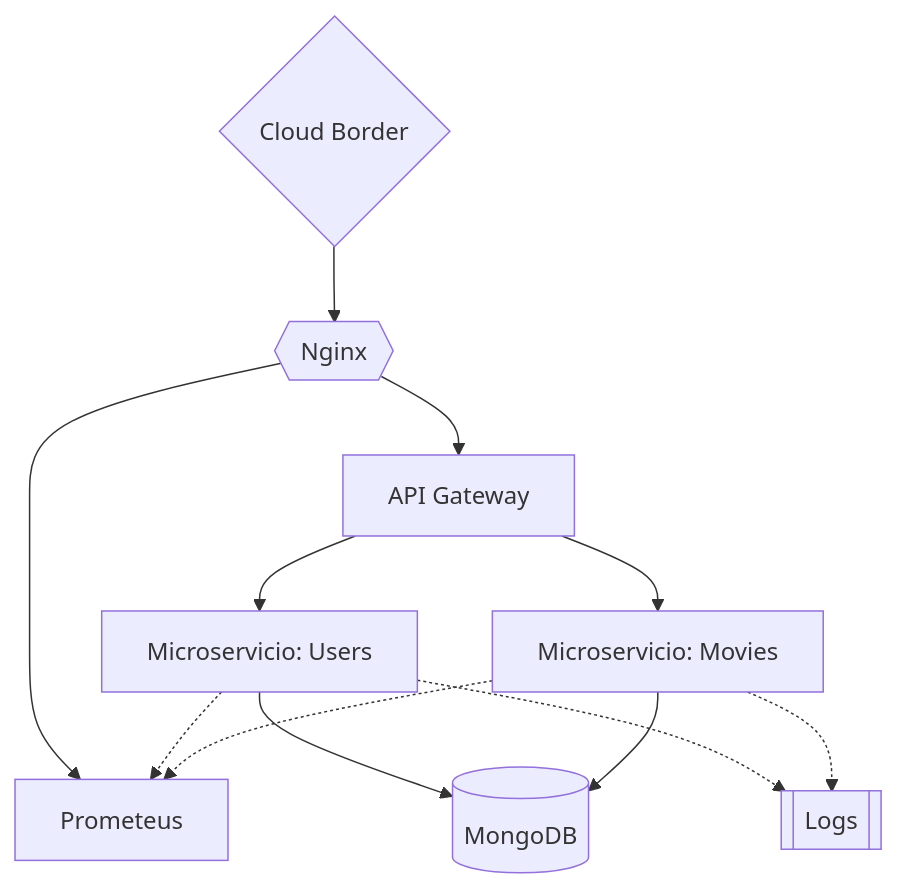
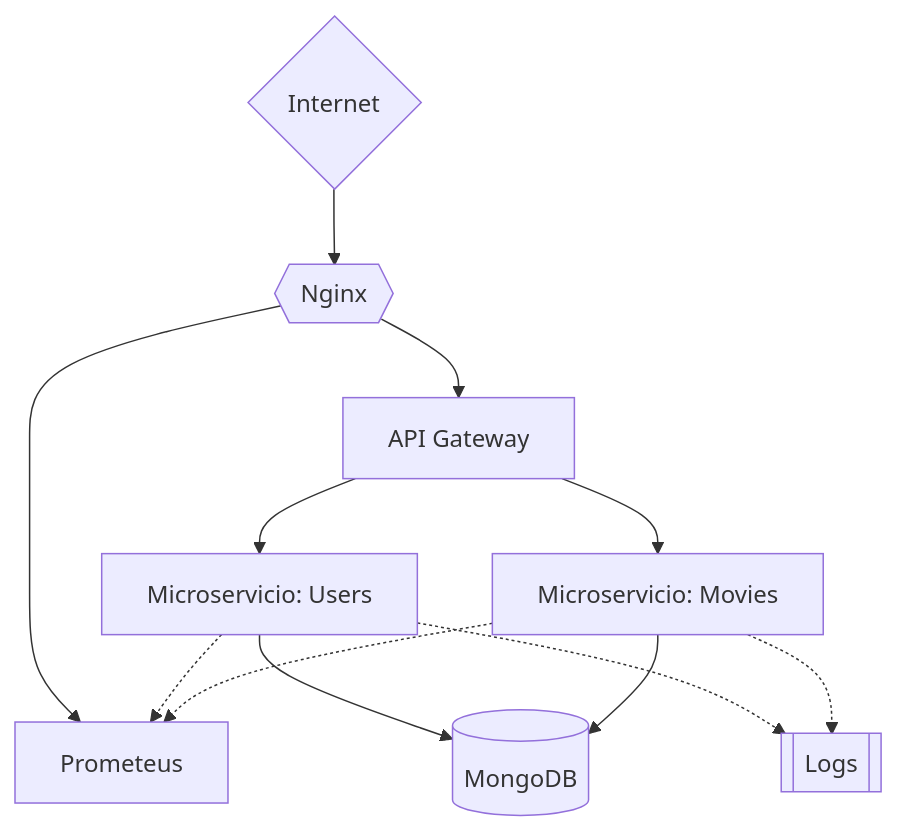
Before and after one commit to imeshinnovation/proyecto_ddd: the first of 2 diagrams in README.md, drawn with Mermaid.

Commit message:
Update repo

````diff
--- a/README.md
+++ b/README.md
@@ -24,15 +24,15 @@
 ```mermaid
 graph TD
-    A{Cloud Border}
+    A{Internet}
     A --> B{{Nginx}}
     B --> C[Prometheus]
     B --> D[API Gateway]
     D --> E[Microservicio: Users]
     D --> F[Microservicio: Movies]
     E -.-> C[Prometeus]
     F -.-> C[Prometeus]
     E --> G[(MongoDB)]
     F --> G[(MongoDB)]
     E -.-> H[[Logs]]
     F -.-> H[[Logs]]
 ```
````
